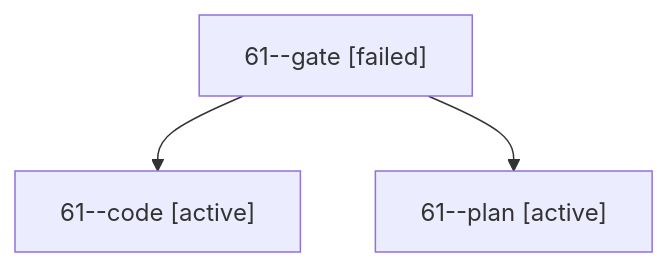
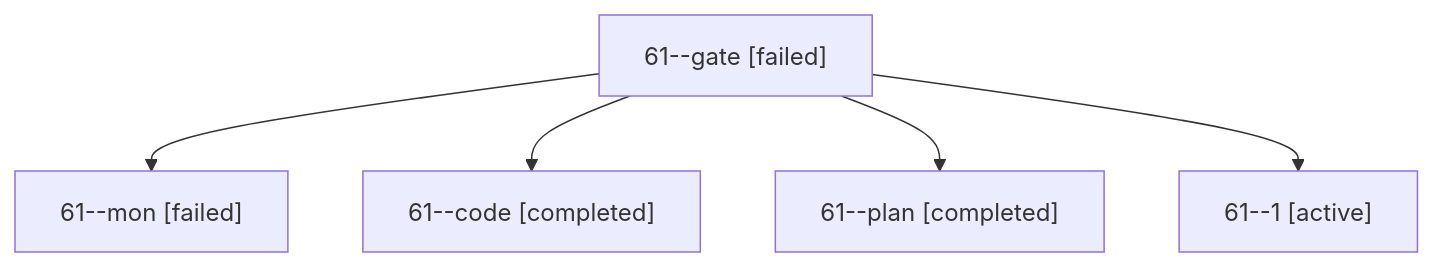
The diagram in sessions/bbugyi200.apollo.61.md (bobs-org/bob-cli--agents), drawn with Mermaid before and after one commit. The commit also changed other lines of this file and 38 other files, not shown here.

````diff
--- a/sessions/bbugyi200.apollo.61.md
+++ b/sessions/bbugyi200.apollo.61.md
@@ -9,8 +9,12 @@
 ```mermaid
 flowchart TD
   n0["61--gate [failed]"]
-  n1["61--code [active]"]
+  n1["61--mon [failed]"]
   n0 --> n1
-  n2["61--plan [active]"]
+  n2["61--code [completed]"]
   n0 --> n2
+  n3["61--plan [completed]"]
+  n0 --> n3
+  n4["61--1 [active]"]
+  n0 --> n4
 ```
````
